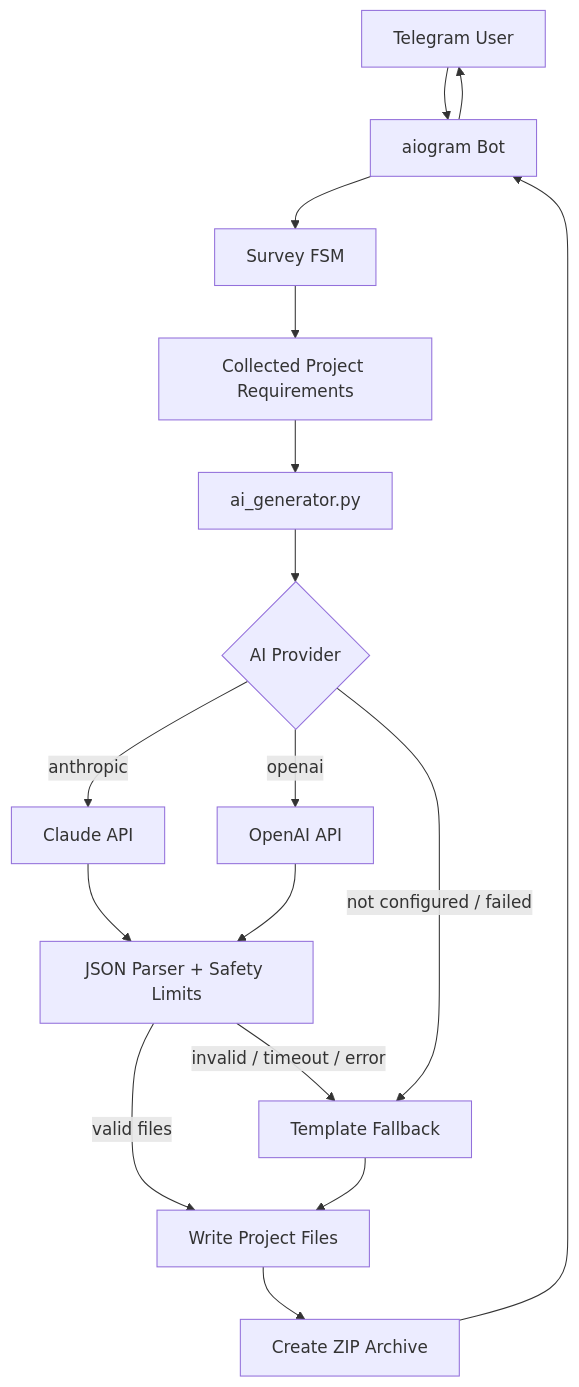
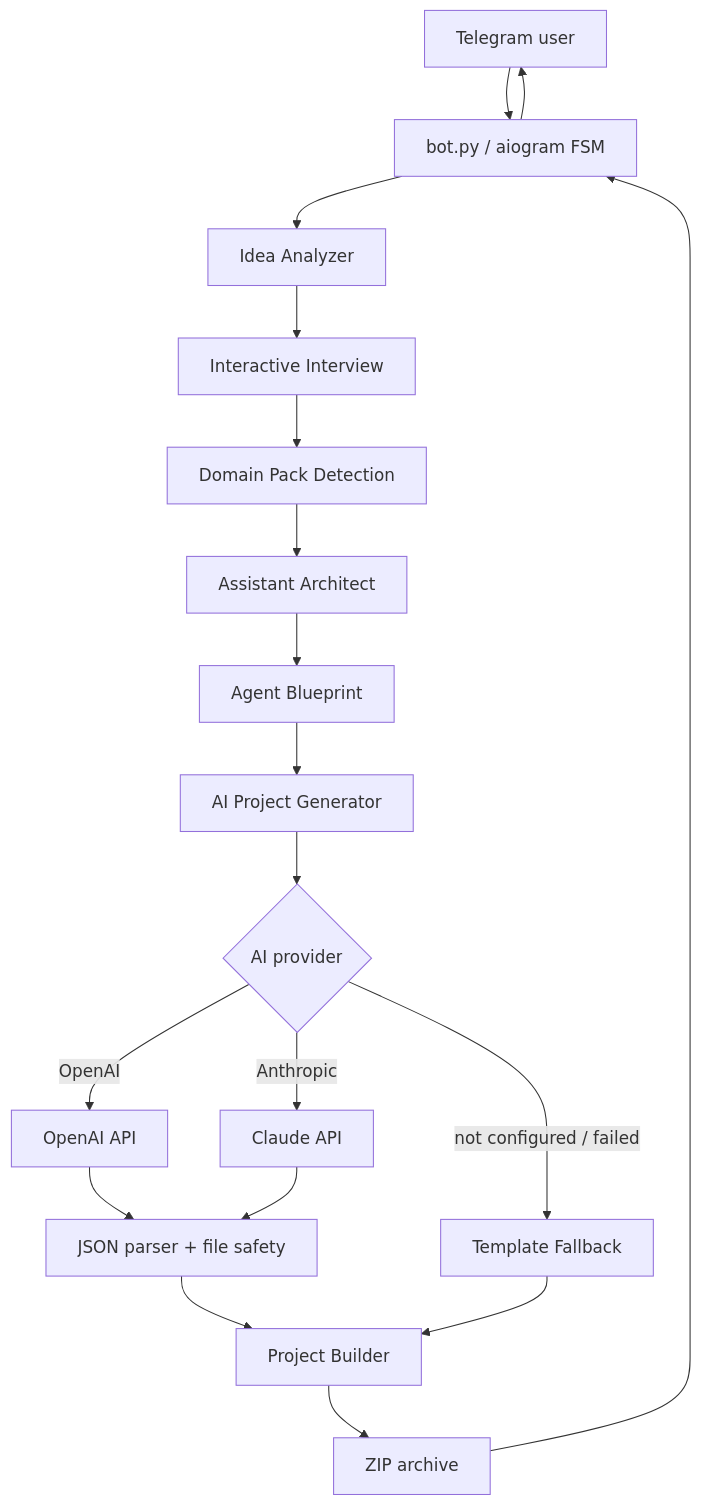
Before and after one commit to yersaskarov/ai-creator: the diagram in README.md, drawn with Mermaid. The commit also changed other lines of this file, not shown here.

Commit message:
Rewrite README for v0.6 architecture

````diff
--- a/README.md
+++ b/README.md
@@ -76,19 +153,21 @@
 ```mermaid
 flowchart TD
-    User[Telegram User] --> Bot[aiogram Bot]
-    Bot --> FSM[Survey FSM]
-    FSM --> Data[Collected Project Requirements]
-    Data --> Generator[ai_generator.py]
-    Generator --> Provider{AI Provider}
-    Provider -->|anthropic| Claude[Claude API]
-    Provider -->|openai| OpenAI[OpenAI API]
+    User[Telegram user] --> Bot[bot.py / aiogram FSM]
+    Bot --> Idea[Idea Analyzer]
+    Idea --> Interview[Interactive Interview]
+    Interview --> Domain[Domain Pack Detection]
+    Domain --> Architect[Assistant Architect]
+    Architect --> Blueprint[Agent Blueprint]
+    Blueprint --> Generator[AI Project Generator]
+    Generator --> Provider{AI provider}
+    Provider -->|OpenAI| OpenAI[OpenAI API]
+    Provider -->|Anthropic| Claude[Claude API]
     Provider -->|not configured / failed| Fallback[Template Fallback]
-    Claude --> Parser[JSON Parser + Safety Limits]
-    OpenAI --> Parser
-    Parser -->|valid files| Writer[Write Project Files]
-    Parser -->|invalid / timeout / error| Fallback
-    Fallback --> Writer
-    Writer --> Zip[Create ZIP Archive]
+    OpenAI --> Parser[JSON parser + file safety]
+    Claude --> Parser
+    Parser --> Builder[Project Builder]
+    Fallback --> Builder
+    Builder --> Zip[ZIP archive]
     Zip --> Bot
     Bot --> User
 ```
````
